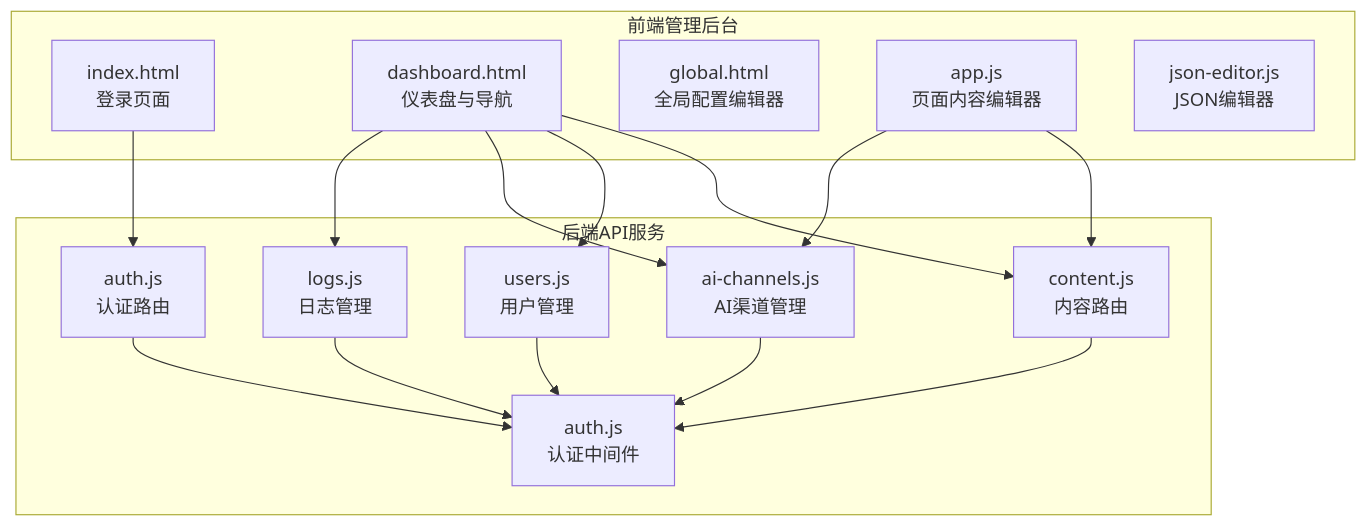
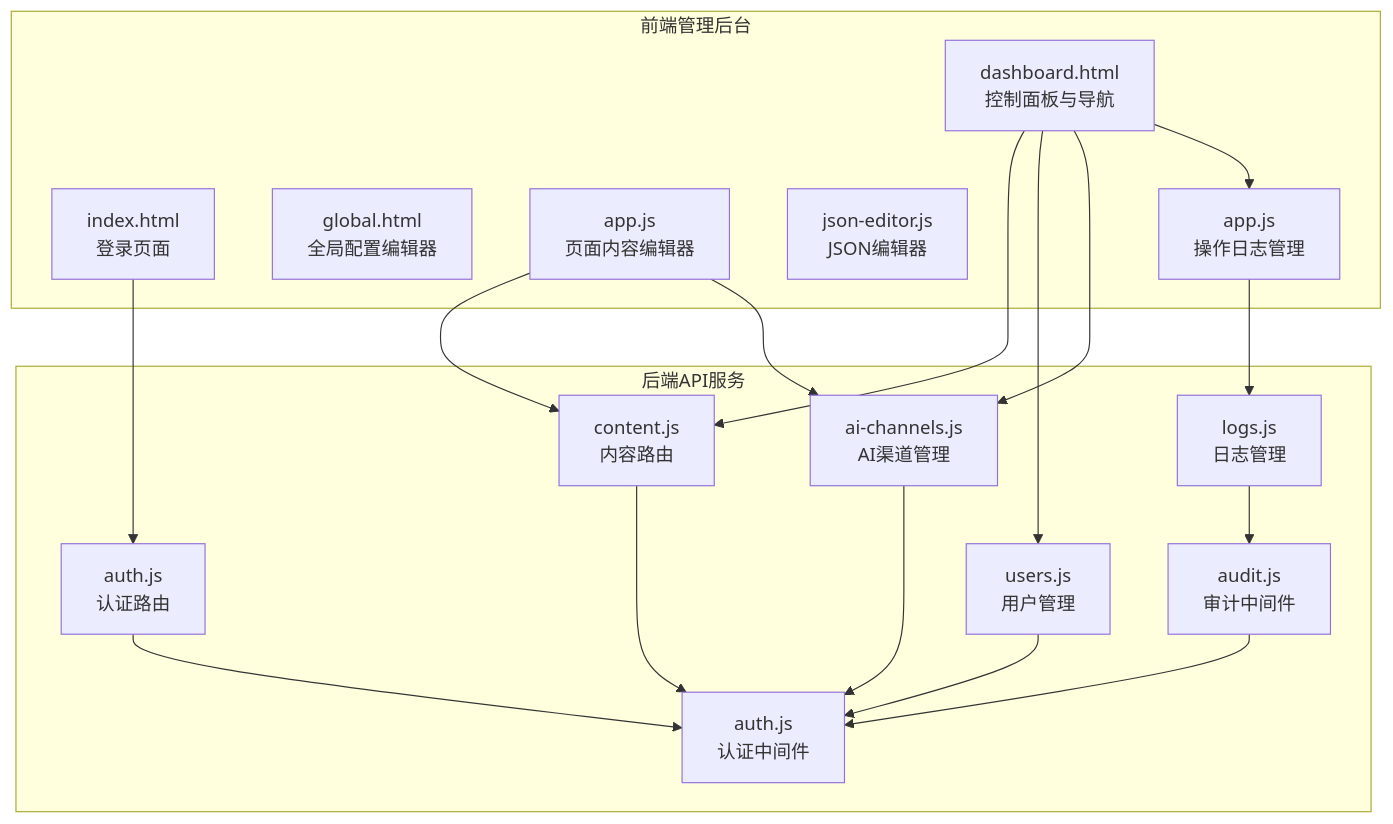
The first of 10 diagrams in .qoder/repowiki/zh/content/管理后台系统/管理后台系统.md (hx631580609-web/zsts-cms), drawn with Mermaid before and after one commit. The commit also changed other lines of this file and 11 other files, not shown here.

````diff
--- a/.qoder/repowiki/zh/content/管理后台系统/管理后台系统.md
+++ b/.qoder/repowiki/zh/content/管理后台系统/管理后台系统.md
@@ -38,30 +50,34 @@
 ```mermaid
 graph TB
 subgraph "前端管理后台"
 FE_Login["index.html<br/>登录页面"]
-FE_Dashboard["dashboard.html<br/>仪表盘与导航"]
+FE_Dashboard["dashboard.html<br/>控制面板与导航"]
 FE_Global["global.html<br/>全局配置编辑器"]
 FE_PageEditor["app.js<br/>页面内容编辑器"]
 FE_JSON["json-editor.js<br/>JSON编辑器"]
+FE_Logs["app.js<br/>操作日志管理"]
 end
 subgraph "后端API服务"
 BE_Content["content.js<br/>内容路由"]
 BE_Auth["auth.js<br/>认证路由"]
 BE_Users["users.js<br/>用户管理"]
 BE_AI["ai-channels.js<br/>AI渠道管理"]
 BE_Logs["logs.js<br/>日志管理"]
 BE_MW["auth.js<br/>认证中间件"]
+BE_Audit["audit.js<br/>审计中间件"]
 end
 FE_Login --> BE_Auth
 FE_Dashboard --> BE_Content
 FE_Dashboard --> BE_Users
 FE_Dashboard --> BE_AI
-FE_Dashboard --> BE_Logs
+FE_Dashboard --> FE_Logs
 FE_PageEditor --> BE_Content
 FE_PageEditor --> BE_AI
+FE_Logs --> BE_Logs
 BE_Content --> BE_MW
 BE_Auth --> BE_MW
 BE_Users --> BE_MW
 BE_AI --> BE_MW
-BE_Logs --> BE_MW
+BE_Logs --> BE_Audit
+BE_Audit --> BE_MW
 ```
````
